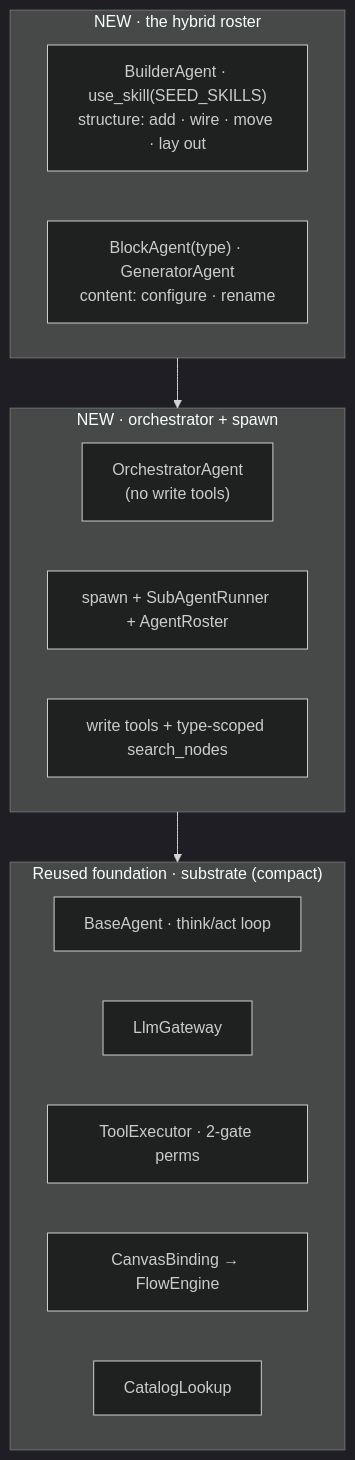
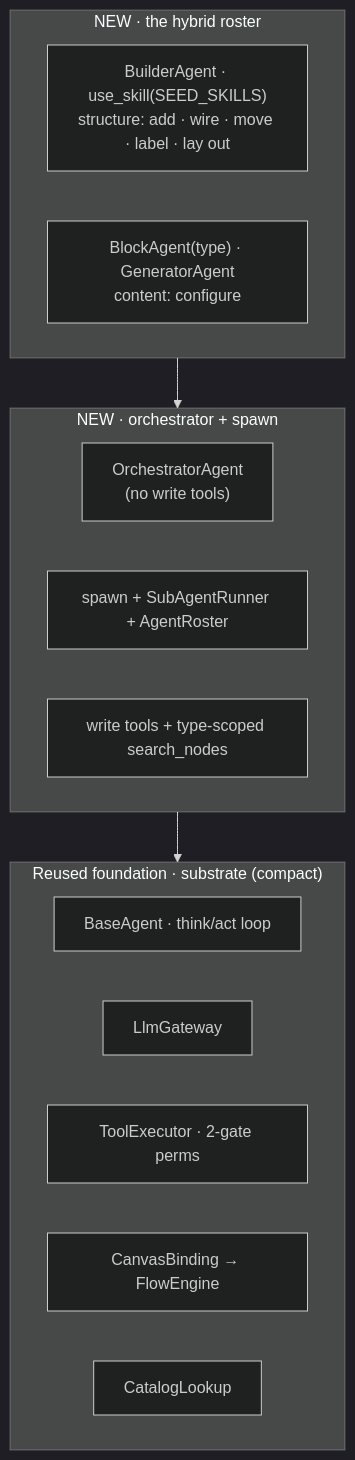
One commit to lemoncloud-io/eureka-flow changed the fourth of 4 diagrams in docs/browser-agent/design/harness-spec.md. Above: the diagram before and after it, drawn with Mermaid (dark theme). The commit also changed other lines of this file and 21 other files, not shown here.

First line of the commit message:
refactor(agent): rename is the builder's, added at build time

````diff
--- a/docs/browser-agent/design/harness-spec.md
+++ b/docs/browser-agent/design/harness-spec.md
@@ -352,24 +352,24 @@
 ```mermaid
 flowchart TB
     subgraph reused["Reused foundation · substrate (compact)"]
         direction LR
         BASE["BaseAgent · think/act loop"]
         GW["LlmGateway"]
         EX["ToolExecutor · 2-gate perms"]
         CB["CanvasBinding → FlowEngine"]
         CAT["CatalogLookup"]
     end
     subgraph shared["NEW · orchestrator + spawn"]
         direction LR
         ORCH["OrchestratorAgent<br/>(no write tools)"]
         SPAWN["spawn + SubAgentRunner + AgentRoster"]
         WT["write tools + type-scoped search_nodes"]
     end
     subgraph roster["NEW · the hybrid roster"]
         direction LR
-        BLD["BuilderAgent · use_skill(SEED_SKILLS)<br/>structure: add · wire · move · lay out"]
-        BLK["BlockAgent(type) · GeneratorAgent<br/>content: configure · rename"]
+        BLD["BuilderAgent · use_skill(SEED_SKILLS)<br/>structure: add · wire · move · label · lay out"]
+        BLK["BlockAgent(type) · GeneratorAgent<br/>content: configure"]
     end
     shared --> reused
     roster --> shared
 ```
````
